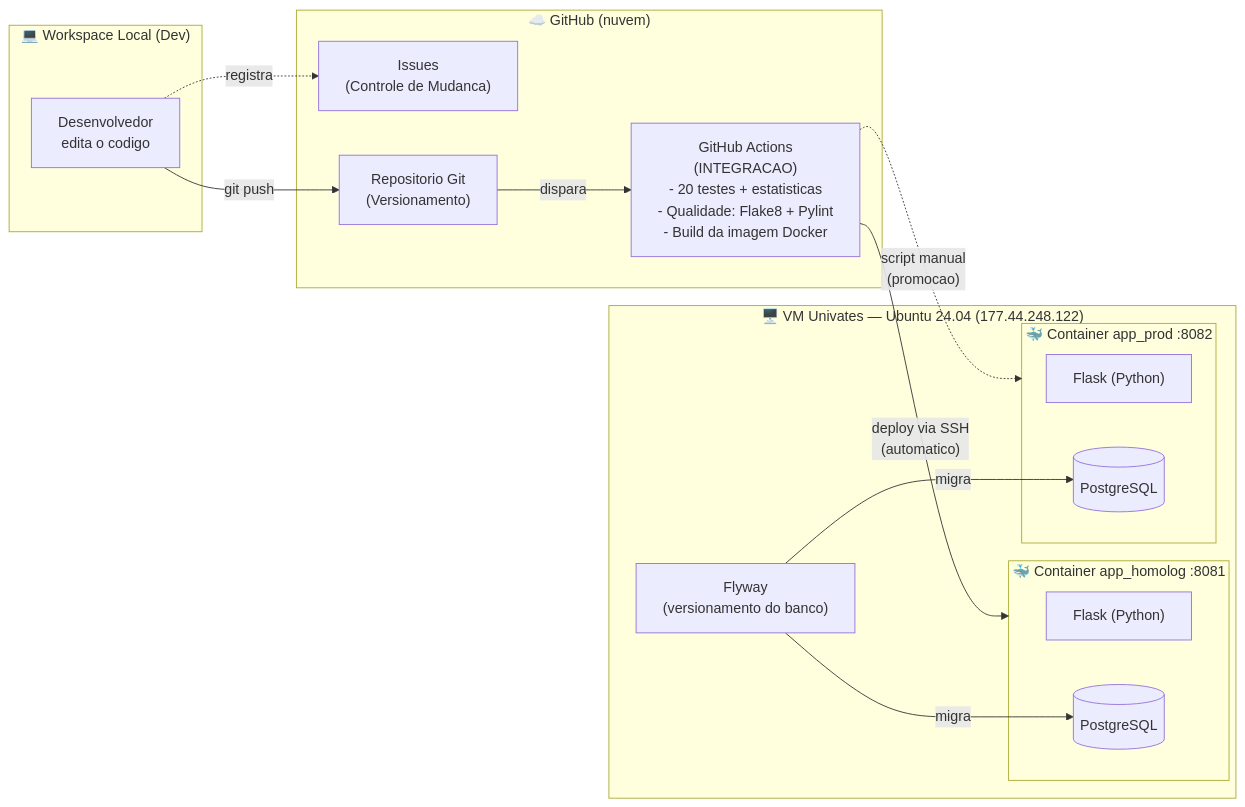
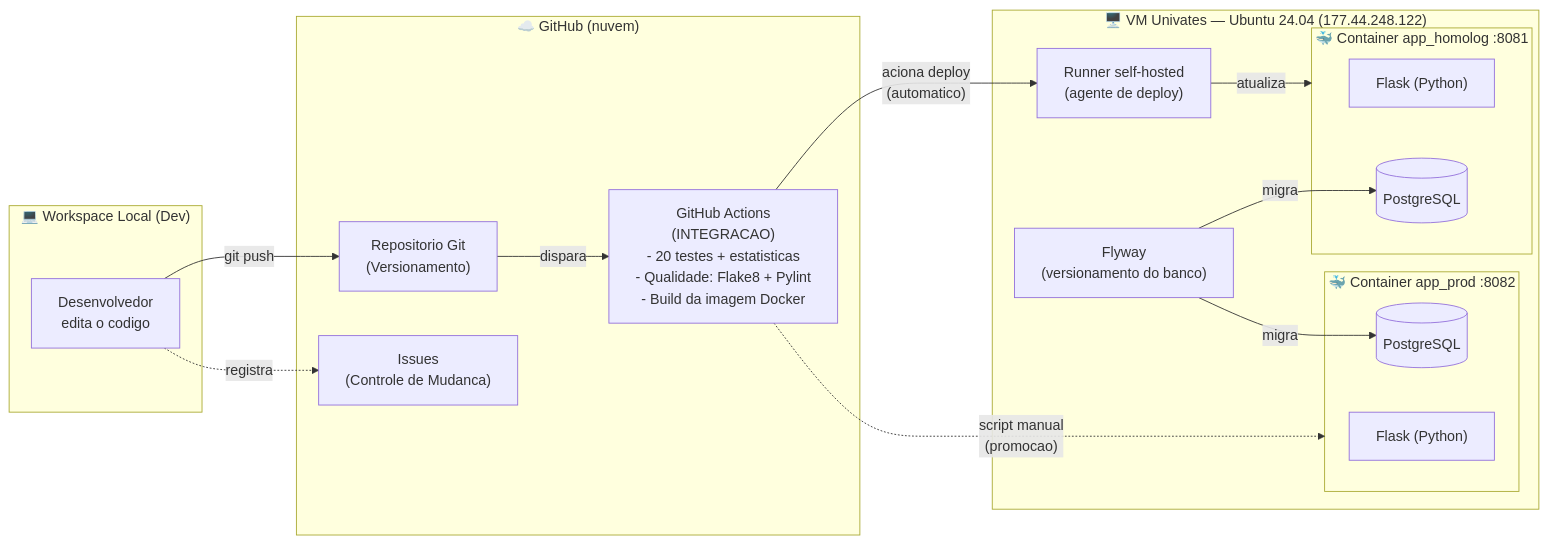
One commit to ViniStoll/trabalho_app_financeiro changed the diagram in docs/ARQUITETURA.md. Above: the diagram before and after it, drawn with Mermaid. The commit also changed other lines of this file and 3 other files, not shown here.

Commit message:
Ajusta deploy para runner self-hosted e prepara estado inicial [skip ci]

````diff
--- a/docs/ARQUITETURA.md
+++ b/docs/ARQUITETURA.md
@@ -13,32 +13,34 @@
 ```mermaid
 flowchart LR
     subgraph LOCAL["💻 Workspace Local (Dev)"]
         DEV["Desenvolvedor<br/>edita o codigo"]
     end
 
     subgraph GH["☁️ GitHub (nuvem)"]
         ISSUE["Issues<br/>(Controle de Mudanca)"]
         REPO["Repositorio Git<br/>(Versionamento)"]
         ACT["GitHub Actions<br/>(INTEGRACAO)<br/>- 20 testes + estatisticas<br/>- Qualidade: Flake8 + Pylint<br/>- Build da imagem Docker"]
     end
 
     subgraph VM["🖥️ VM Univates — Ubuntu 24.04 (177.44.248.122)"]
+        RUNNER["Runner self-hosted<br/>(agente de deploy)"]
         subgraph C1["🐳 Container app_homolog :8081"]
             H_APP["Flask (Python)"]
             H_DB[("PostgreSQL")]
         end
         subgraph C2["🐳 Container app_prod :8082"]
             P_APP["Flask (Python)"]
             P_DB[("PostgreSQL")]
         end
         FLY["Flyway<br/>(versionamento do banco)"]
     end
 
     DEV -->|"git push"| REPO
     DEV -.->|"registra"| ISSUE
     REPO -->|"dispara"| ACT
-    ACT -->|"deploy via SSH<br/>(automatico)"| C1
+    ACT -->|"aciona deploy<br/>(automatico)"| RUNNER
+    RUNNER -->|"atualiza"| C1
     ACT -.->|"script manual<br/>(promocao)"| C2
     FLY -->|"migra"| H_DB
     FLY -->|"migra"| P_DB
 ```
````
